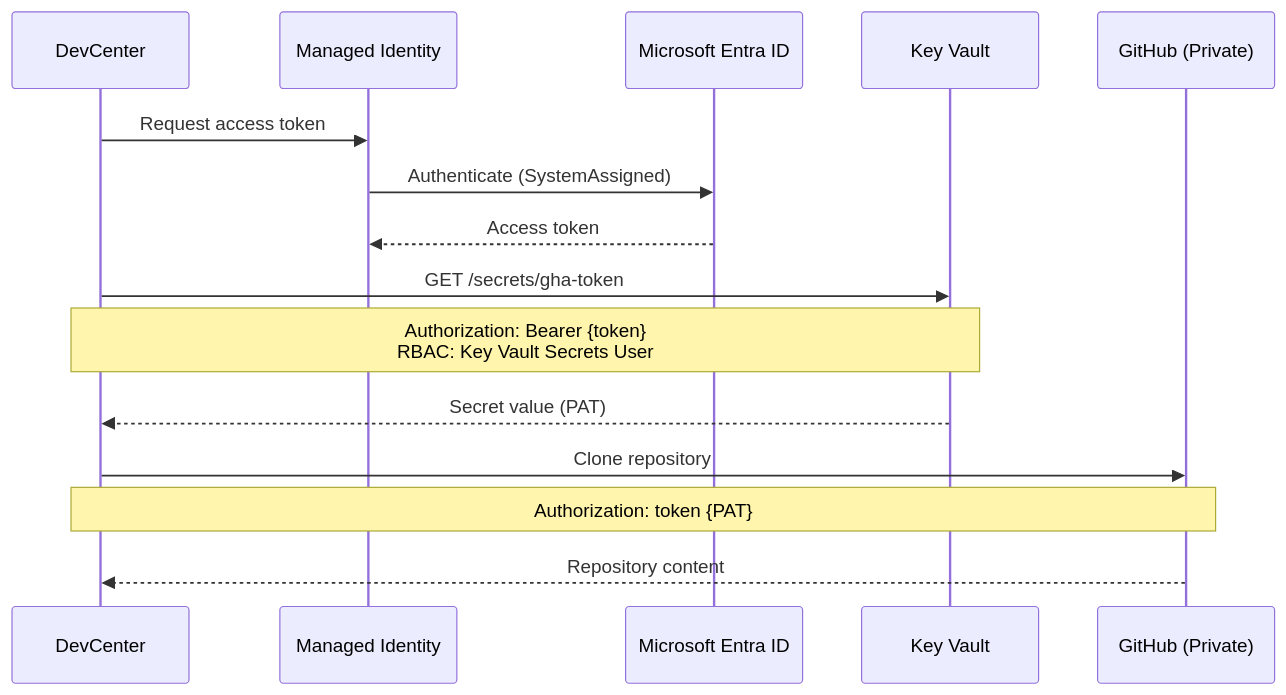
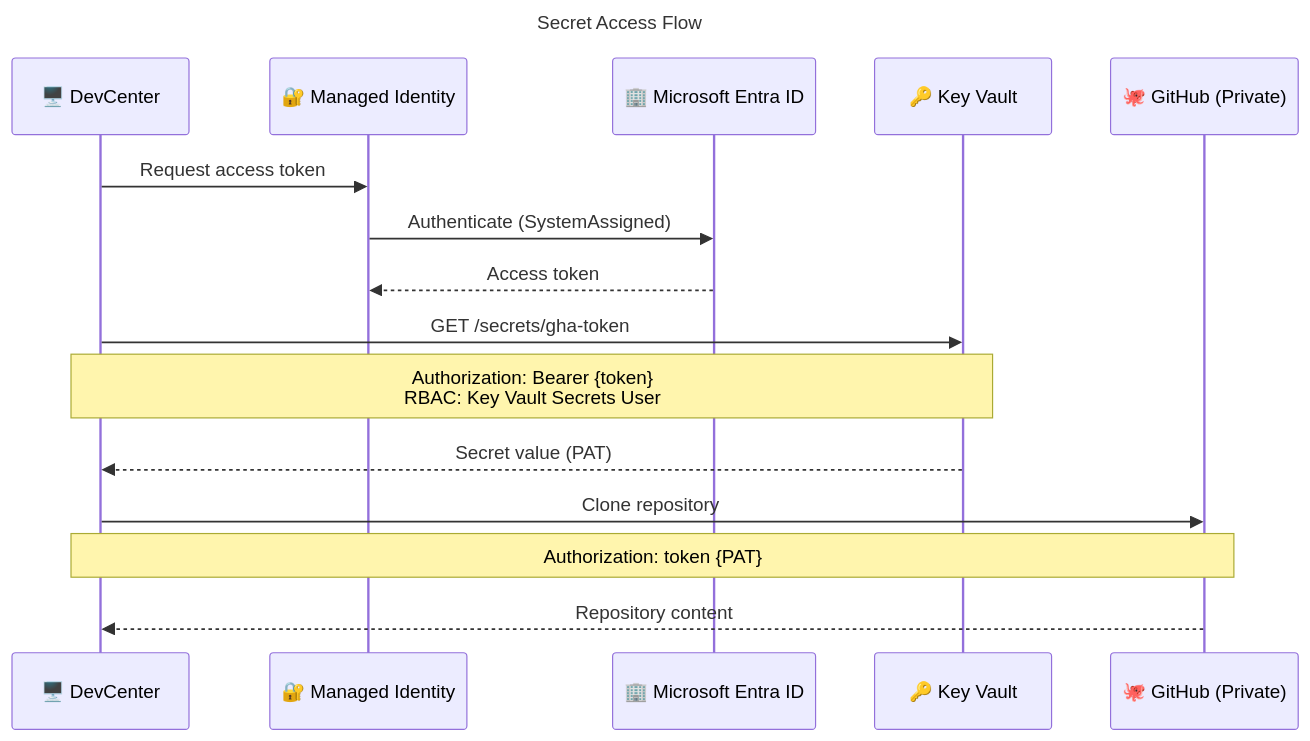
The eighth of 10 diagrams in docs/architecture/05-security-architecture.md (Evilazaro/DevExp-DevBox), drawn with Mermaid before and after one commit. The commit also changed other lines of this file, not shown here.

Commit message:
Enhance security architecture documentation by adding emojis, improving diagram styles, and refining connections for better clarity and navigation.

````diff
--- a/docs/architecture/05-security-architecture.md
+++ b/docs/architecture/05-security-architecture.md
@@ -555,21 +571,24 @@
 ```mermaid
+---
+title: Secret Access Flow
+---
 sequenceDiagram
-    participant DC as DevCenter
-    participant MI as Managed Identity
-    participant AAD as Microsoft Entra ID
-    participant KV as Key Vault
-    participant GH as GitHub (Private)
+    participant DC as 🖥️ DevCenter
+    participant MI as 🔐 Managed Identity
+    participant AAD as 🏢 Microsoft Entra ID
+    participant KV as 🔑 Key Vault
+    participant GH as 🐙 GitHub (Private)
     
     DC->>MI: Request access token
     MI->>AAD: Authenticate (SystemAssigned)
     AAD-->>MI: Access token
     
     DC->>KV: GET /secrets/gha-token
     Note over DC,KV: Authorization: Bearer {token}<br/>RBAC: Key Vault Secrets User
     
     KV-->>DC: Secret value (PAT)
     
     DC->>GH: Clone repository
     Note over DC,GH: Authorization: token {PAT}
     GH-->>DC: Repository content
 ```
````
